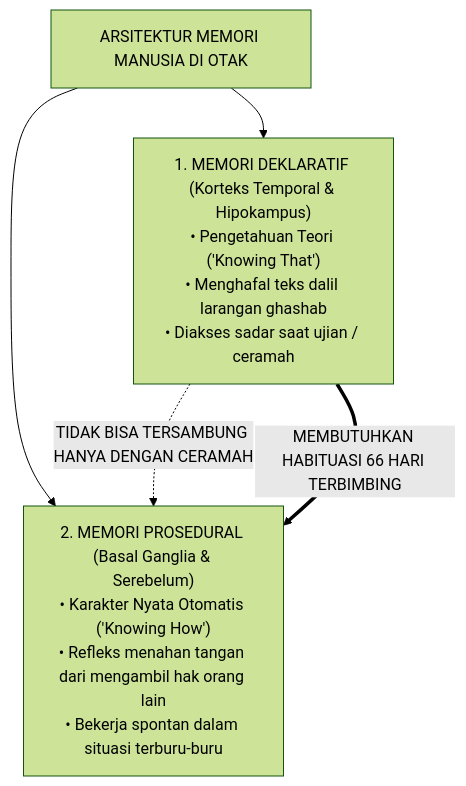
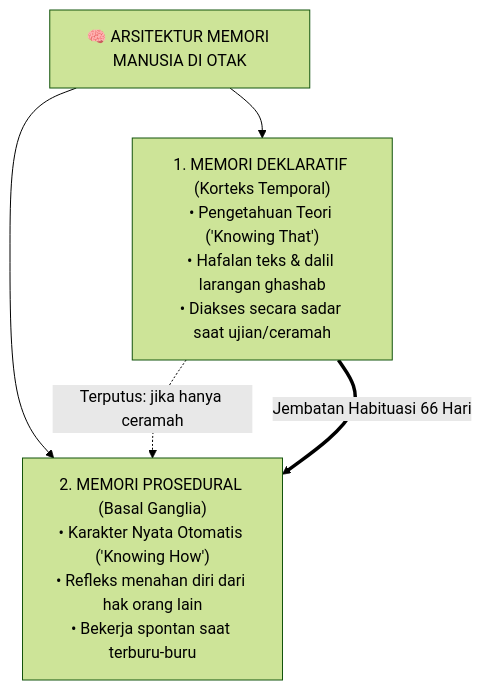
Before and after one commit to wandiapriliyandi/tumbuh: the second of 4 diagrams in BOOK-SERIES/Volume-01/Bab-01-Krisis-Karakter-dan-Urgensi-Rekonstruksi/01-Anomali-Pendidikan-Karakter-Tradisional.md, drawn with Mermaid (forest theme).

Commit message:
style(mermaid): susun layout diagram memori otak di atas dan memori 1 & 2 sejajar di bawah

````diff
--- a/BOOK-SERIES/Volume-01/Bab-01-Krisis-Karakter-dan-Urgensi-Rekonstruksi/01-Anomali-Pendidikan-Karakter-Tradisional.md
+++ b/BOOK-SERIES/Volume-01/Bab-01-Krisis-Karakter-dan-Urgensi-Rekonstruksi/01-Anomali-Pendidikan-Karakter-Tradisional.md
@@ -52,11 +52,14 @@
 ```mermaid
 graph TD
-    Otak["ARSITEKTUR MEMORI MANUSIA DI OTAK"]
+    Otak["🧠 ARSITEKTUR MEMORI MANUSIA DI OTAK"]
     
-    Otak --> Deklaratif["1. MEMORI DEKLARATIF (Korteks Temporal & Hipokampus)<br/>• Pengetahuan Teori ('Knowing That')<br/>• Menghafal teks dalil larangan ghashab<br/>• Diakses sadar saat ujian / ceramah"]
+    Otak --> Deklaratif
+    Otak --> Prosedural
     
-    Otak --> Prosedural["2. MEMORI PROSEDURAL (Basal Ganglia & Serebelum)<br/>• Karakter Nyata Otomatis ('Knowing How')<br/>• Refleks menahan tangan dari mengambil hak orang lain<br/>• Bekerja spontan dalam situasi terburu-buru"]
+    Deklaratif["1. MEMORI DEKLARATIF (Korteks Temporal)<br/>• Pengetahuan Teori ('Knowing That')<br/>• Hafalan teks & dalil larangan ghashab<br/>• Diakses secara sadar saat ujian/ceramah"]
     
-    Deklaratif -.->|"TIDAK BISA TERSAMBUNG HANYA DENGAN CERAMAH"| Prosedural
-    Deklaratif ==>|"MEMBUTUHKAN HABITUASI 66 HARI TERBIMBING"| Prosedural
+    Prosedural["2. MEMORI PROSEDURAL (Basal Ganglia)<br/>• Karakter Nyata Otomatis ('Knowing How')<br/>• Refleks menahan diri dari hak orang lain<br/>• Bekerja spontan saat terburu-buru"]
+    
+    Deklaratif -.->|"Terputus: jika hanya ceramah"| Prosedural
+    Deklaratif ==>|"Jembatan Habituasi 66 Hari"| Prosedural
 ```
````
